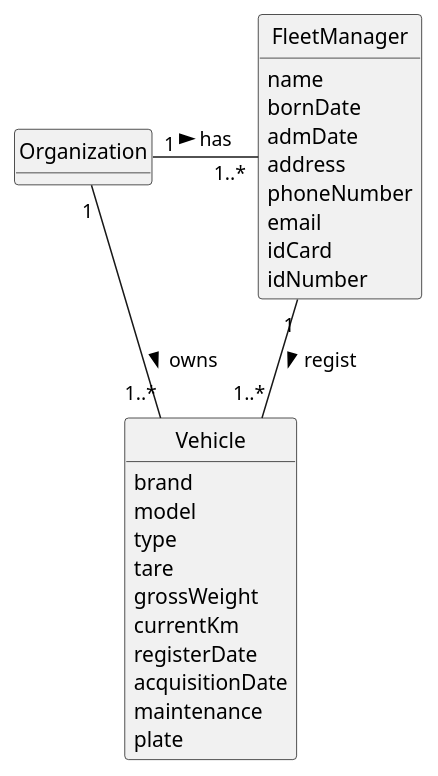
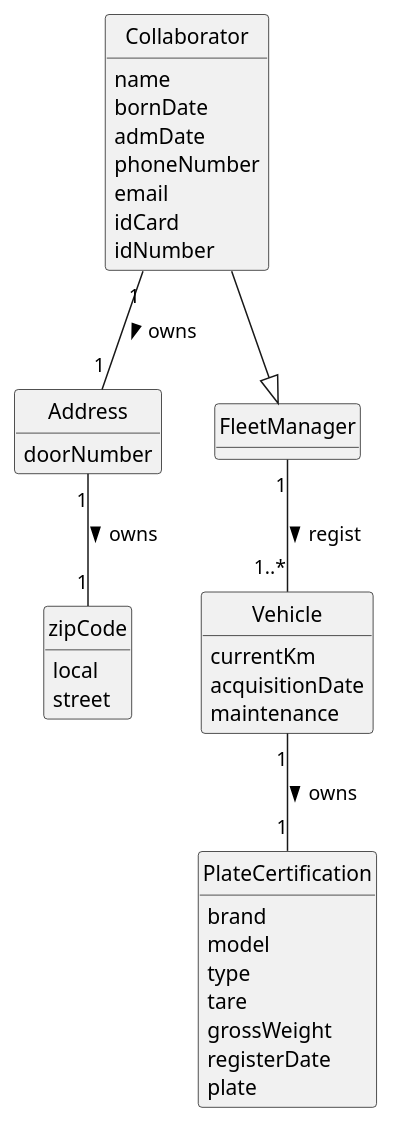
Before and after one commit to 1231360-ISEP/lei-24-s2-1db-g021: the diagram in docs/sprint2/us006/02.analysis/puml/us006-domain-model.puml, drawn with PlantUML. The commit also changed 1 other file, not shown here.

```diff
--- a/docs/sprint2/us006/02.analysis/puml/us006-domain-model.puml
+++ b/docs/sprint2/us006/02.analysis/puml/us006-domain-model.puml
@@ -1,41 +1,55 @@
 @startuml
 skinparam monochrome true
 skinparam packageStyle rectangle
 skinparam shadowing false
 
 skinparam classAttributeIconSize 0
 
 hide circle
 hide methods
 
-class Organization {
-}
-
-class FleetManager {
+class Collaborator {
     name
     bornDate
     admDate
-    address
     phoneNumber
     email
     idCard
     idNumber
 }
 
+class Address {
+    doorNumber
+}
+
+class zipCode {
+    local
+    street
+}
+
+class FleetManager {}
+
 class Vehicle {
+    currentKm
+    acquisitionDate
+    maintenance
+}
+
+class PlateCertification{
     brand
     model
     type
     tare
     grossWeight
-    currentKm
     registerDate
-    acquisitionDate
-    maintenance
     plate
 }
 
-Organization "1" - "1..*" FleetManager: has >
+
+Collaborator --|> FleetManager
 FleetManager "1" -- "1..*" Vehicle : regist >
-Organization "1" - "1..*" Vehicle: owns >
+Vehicle "1" -- "1" PlateCertification : owns >
+Collaborator "1" -- "1" Address: owns >
+Address "1" -- "1" zipCode : owns >
+
 @enduml
```
